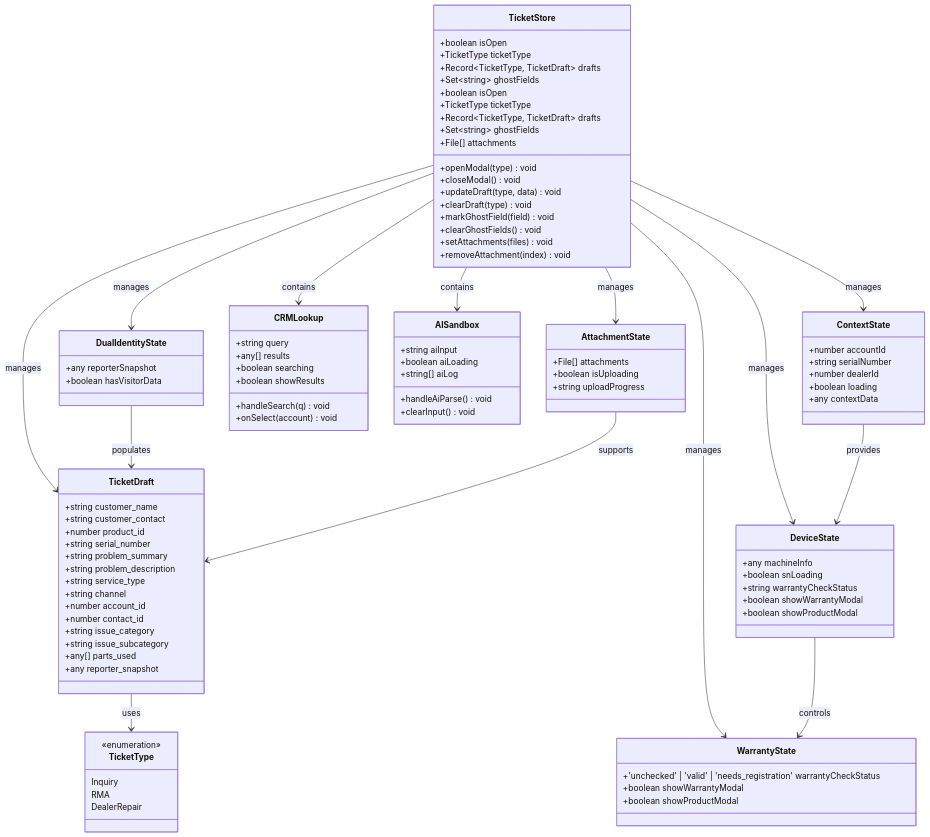
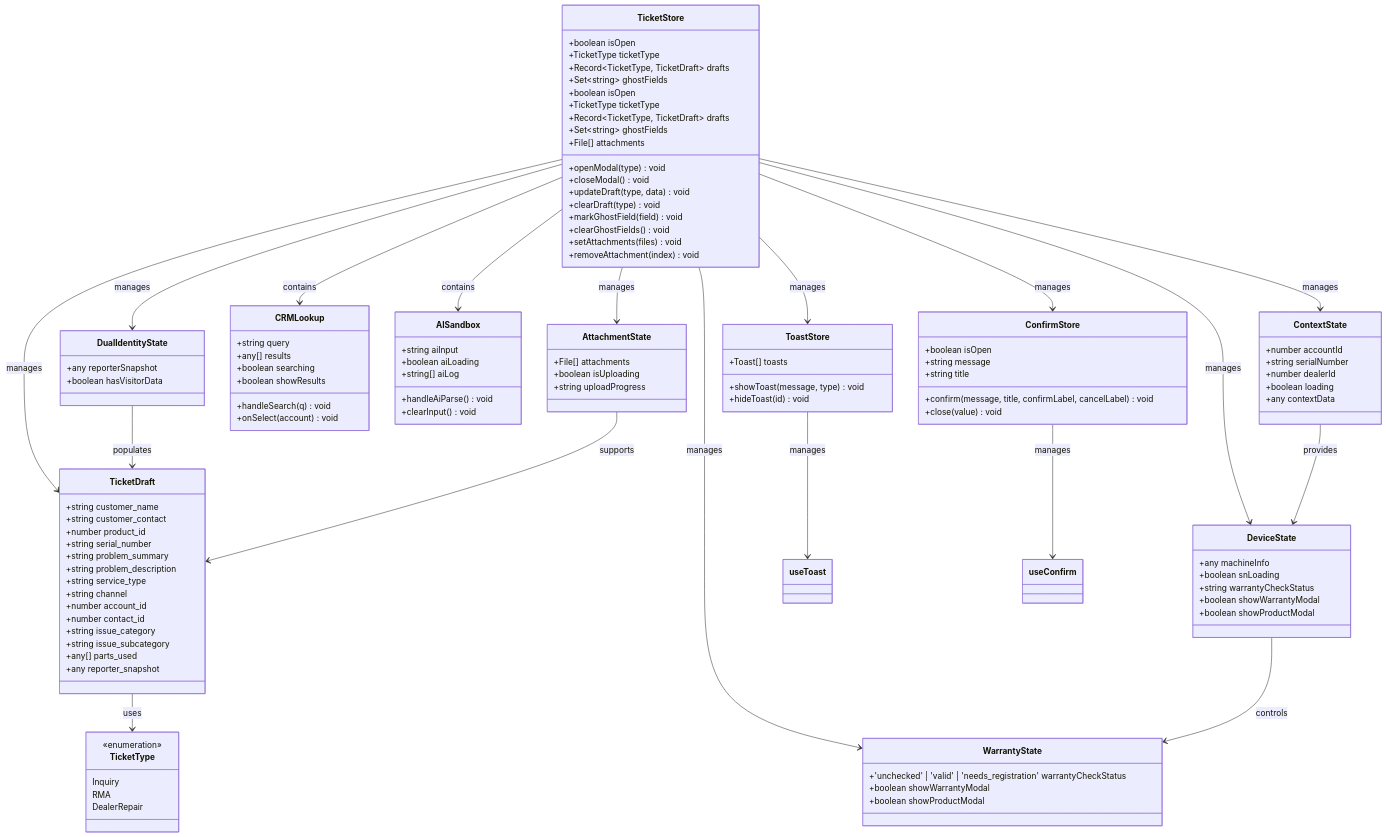
One commit to CubeEdge/Longhorn changed the third of 44 diagrams in .qoder/repowiki/zh/content/TicketCreationModal 工单创建模态框.md. Above: the diagram before and after it, drawn with Mermaid. The commit also changed other lines of this file and 53 other files, not shown here.

````diff
--- a/.qoder/repowiki/zh/content/TicketCreationModal 工单创建模态框.md
+++ b/.qoder/repowiki/zh/content/TicketCreationModal 工单创建模态框.md
@@ -528,6 +634,18 @@
 +any reporterSnapshot
 +boolean hasVisitorData
 }
+class ToastStore {
++Toast[] toasts
++showToast(message, type) void
++hideToast(id) void
+}
+class ConfirmStore {
++boolean isOpen
++string message
++string title
++confirm(message, title, confirmLabel, cancelLabel) void
++close(value) void
+}
 TicketStore --> TicketDraft : manages
 TicketStore --> CRMLookup : contains
 TicketStore --> AISandbox : contains
@@ -536,9 +654,13 @@
 TicketStore --> WarrantyState : manages
 TicketStore --> DualIdentityState : manages
 TicketStore --> AttachmentState : manages
+TicketStore --> ToastStore : manages
+TicketStore --> ConfirmStore : manages
 TicketDraft --> TicketType : uses
 DeviceState --> WarrantyState : controls
 ContextState --> DeviceState : provides
 DualIdentityState --> TicketDraft : populates
 AttachmentState --> TicketDraft : supports
+ToastStore --> useToast : manages
+ConfirmStore --> useConfirm : manages
 ```
````
